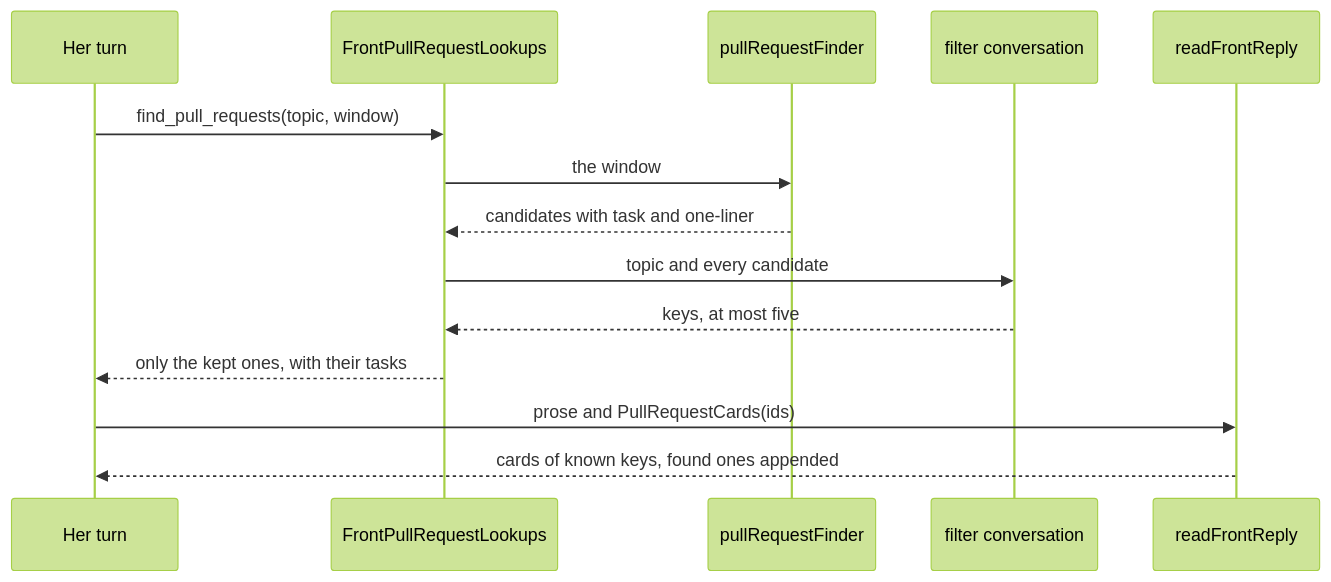
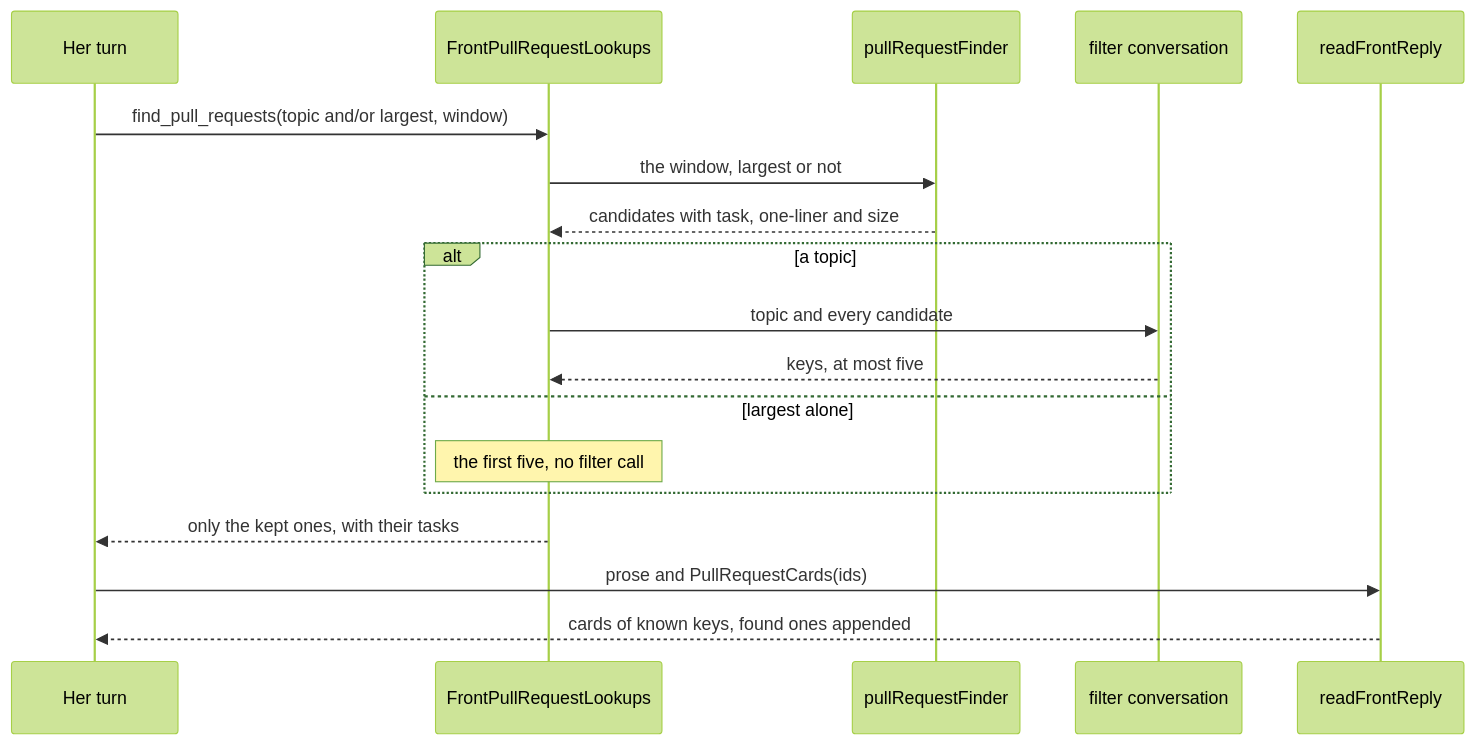
One commit to matthiasn/lotti changed the fifth of 20 diagrams in knowledge/features/front_agent.md. Above: the diagram before and after it, drawn with Mermaid (forest theme). The commit also changed other lines of this file and 2 other files, not shown here.

Commit message:
docs(front_agent): size ranking and average PR size in the concept, README and changelog

````diff
--- a/knowledge/features/front_agent.md
+++ b/knowledge/features/front_agent.md
@@ -849,16 +865,20 @@
 ```mermaid
 sequenceDiagram
   participant Her as Her turn
   participant Lookups as FrontPullRequestLookups
   participant Finder as pullRequestFinder
   participant Filter as filter conversation
   participant Reply as readFrontReply
-  Her->>Lookups: find_pull_requests(topic, window)
-  Lookups->>Finder: the window
-  Finder-->>Lookups: candidates with task and one-liner
-  Lookups->>Filter: topic and every candidate
-  Filter-->>Lookups: keys, at most five
+  Her->>Lookups: find_pull_requests(topic and/or largest, window)
+  Lookups->>Finder: the window, largest or not
+  Finder-->>Lookups: candidates with task, one-liner and size
+  alt a topic
+    Lookups->>Filter: topic and every candidate
+    Filter-->>Lookups: keys, at most five
+  else largest alone
+    Note over Lookups: the first five, no filter call
+  end
   Lookups-->>Her: only the kept ones, with their tasks
   Her->>Reply: prose and PullRequestCards(ids)
   Reply-->>Her: cards of known keys, found ones appended
 ```
````
